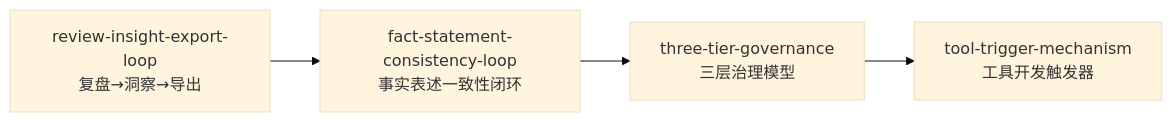
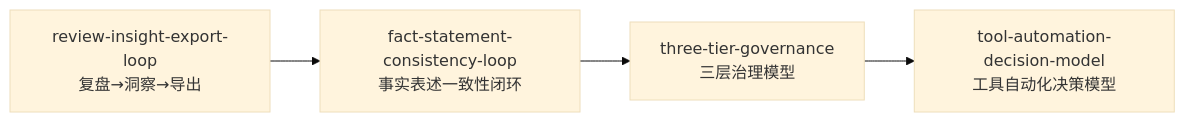
The second of 2 diagrams in docs/retrospective/patterns/methodology-patterns/fact-statement-consistency-loop.md (xinetzone/SpecWeave), drawn with Mermaid (base theme) before and after one commit. The commit also changed other lines of this file and 12 other files, not shown here.

````diff
--- a/docs/retrospective/patterns/methodology-patterns/fact-statement-consistency-loop.md
+++ b/docs/retrospective/patterns/methodology-patterns/fact-statement-consistency-loop.md
@@ -73,6 +73,6 @@
 ```mermaid
 flowchart LR
     A[review-insight-export-loop<br/>复盘→洞察→导出] --> B[fact-statement-consistency-loop<br/>事实表述一致性闭环]
     B --> C[three-tier-governance<br/>三层治理模型]
-    C --> D[tool-trigger-mechanism<br/>工具开发触发器]
+    C --> D[tool-automation-decision-model<br/>工具自动化决策模型]
 ```
````
